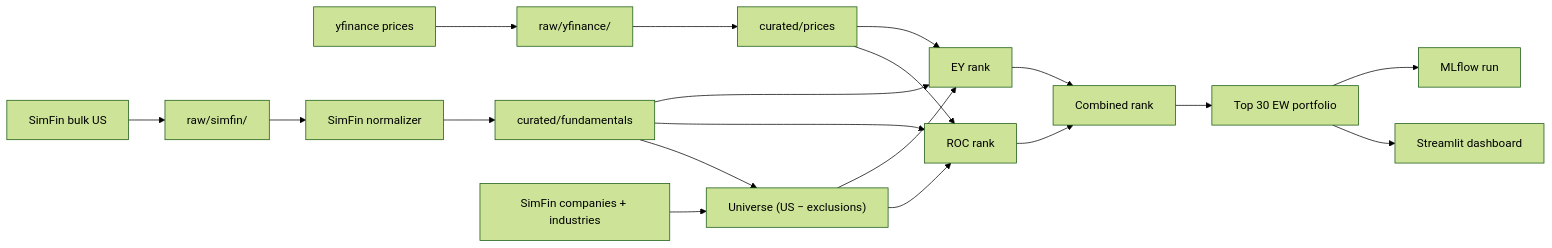
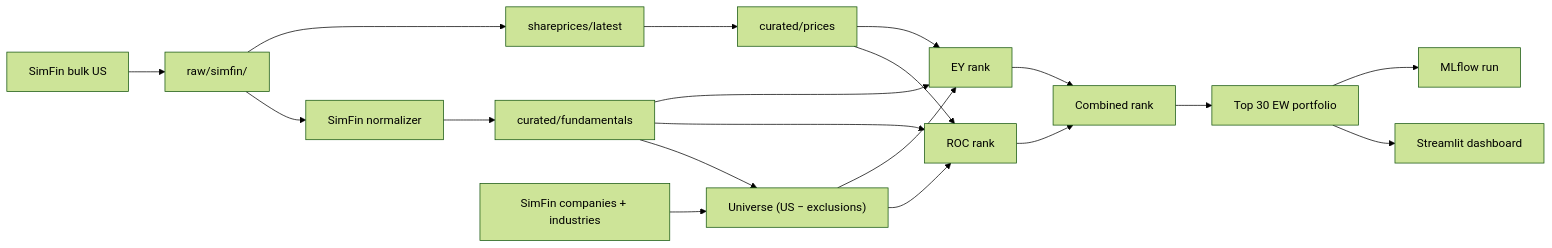
Before and after one commit to JLaborda/SmartWealthAI: the diagram in docs/mvp/demo-slice.md, drawn with Mermaid (forest theme). The commit also changed other lines of this file and 5 other files, not shown here.

First line of the commit message:
docs(mvp): switch demo prices to simfin shareprices/latest

````diff
--- a/docs/mvp/demo-slice.md
+++ b/docs/mvp/demo-slice.md
@@ -46,21 +47,21 @@
 ```mermaid
 flowchart LR
     SimFin["SimFin bulk US"] --> Raw["raw/simfin/"]
-    YF["yfinance prices"] --> RawPrices["raw/yfinance/"]
     Raw --> Norm["SimFin normalizer"]
-    RawPrices --> Prices["curated/prices"]
+    Raw --> SharePx["shareprices/latest"]
     Norm --> Fund["curated/fundamentals"]
+    SharePx --> Prices["curated/prices"]
     Companies["SimFin companies + industries"] --> Uni["Universe (US − exclusions)"]
     Fund --> Uni
     Uni --> ROC["ROC rank"]
     Uni --> EY["EY rank"]
     Prices --> ROC
     Prices --> EY
     Fund --> ROC
     Fund --> EY
     ROC --> Rank["Combined rank"]
     EY --> Rank
     Rank --> Port["Top 30 EW portfolio"]
     Port --> Dash["Streamlit dashboard"]
     Port --> MLflow["MLflow run"]
 ```
````
